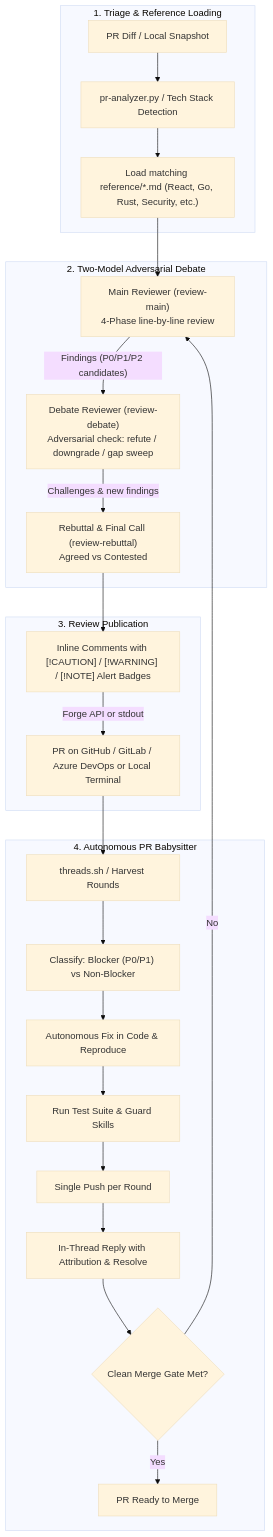
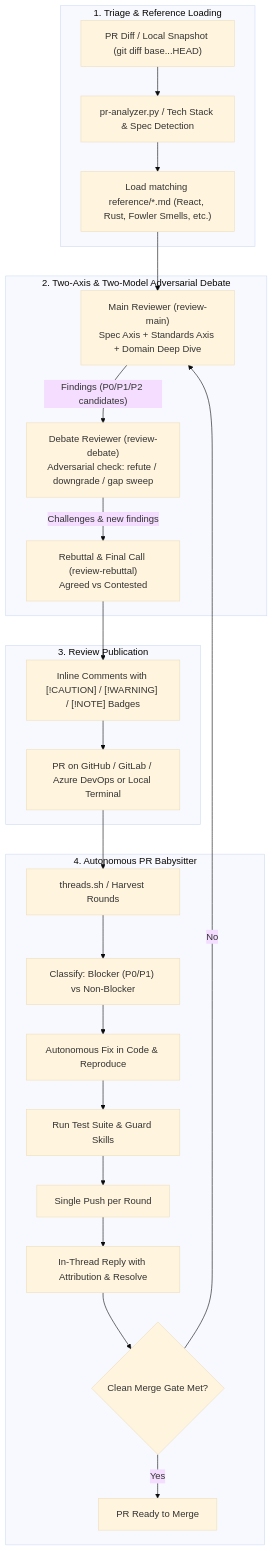
Before and after one commit to Salafite/deep-review: the diagram in SKILL.md, drawn with Mermaid (base theme). The commit also changed other lines of this file and 1 other file, not shown here.

Commit message:
feat: incorporate Spec and Standards dual-axis review and Fowler code smell baseline

````diff
--- a/SKILL.md
+++ b/SKILL.md
@@ -18,30 +19,30 @@
 ```mermaid
 flowchart TD
   subgraph Triage ["1. Triage & Reference Loading"]
-    Diff["PR Diff / Local Snapshot"] --> Analyzer["pr-analyzer.py / Tech Stack Detection"]
-    Analyzer --> Guides["Load matching reference/*.md (React, Go, Rust, Security, etc.)"]
+    Diff["PR Diff / Local Snapshot (git diff base...HEAD)"] --> Analyzer["pr-analyzer.py / Tech Stack & Spec Detection"]
+    Analyzer --> Guides["Load matching reference/*.md (React, Rust, Fowler Smells, etc.)"]
   end
 
-  subgraph Debate ["2. Two-Model Adversarial Debate"]
-    Guides --> Main["Main Reviewer (review-main)<br/>4-Phase line-by-line review"]
+  subgraph Debate ["2. Two-Axis & Two-Model Adversarial Debate"]
+    Guides --> Main["Main Reviewer (review-main)<br/>Spec Axis + Standards Axis + Domain Deep Dive"]
     Main -->|"Findings (P0/P1/P2 candidates)"| Debater["Debate Reviewer (review-debate)<br/>Adversarial check: refute / downgrade / gap sweep"]
     Debater -->|"Challenges & new findings"| Rebuttal["Rebuttal & Final Call (review-rebuttal)<br/>Agreed vs Contested"]
   end
 
   subgraph Posting ["3. Review Publication"]
-    Rebuttal --> Output["Inline Comments with [!CAUTION] / [!WARNING] / [!NOTE] Alert Badges"]
-    Output -->|"Forge API or stdout"| PR["PR on GitHub / GitLab / Azure DevOps or Local Terminal"]
+    Rebuttal --> Output["Inline Comments with [!CAUTION] / [!WARNING] / [!NOTE] Badges"]
+    Output --> PR["PR on GitHub / GitLab / Azure DevOps or Local Terminal"]
   end
 
   subgraph Babysit ["4. Autonomous PR Babysitter"]
     PR --> Harvest["threads.sh / Harvest Rounds"]
     Harvest --> Classify["Classify: Blocker (P0/P1) vs Non-Blocker"]
     Classify --> Fix["Autonomous Fix in Code & Reproduce"]
     Fix --> Gate["Run Test Suite & Guard Skills"]
     Gate --> Push["Single Push per Round"]
     Push --> Reply["In-Thread Reply with Attribution & Resolve"]
     Reply --> Next{"Clean Merge Gate Met?"}
     Next -- No --> Main
     Next -- Yes --> Ready["PR Ready to Merge"]
   end
 ```
````
